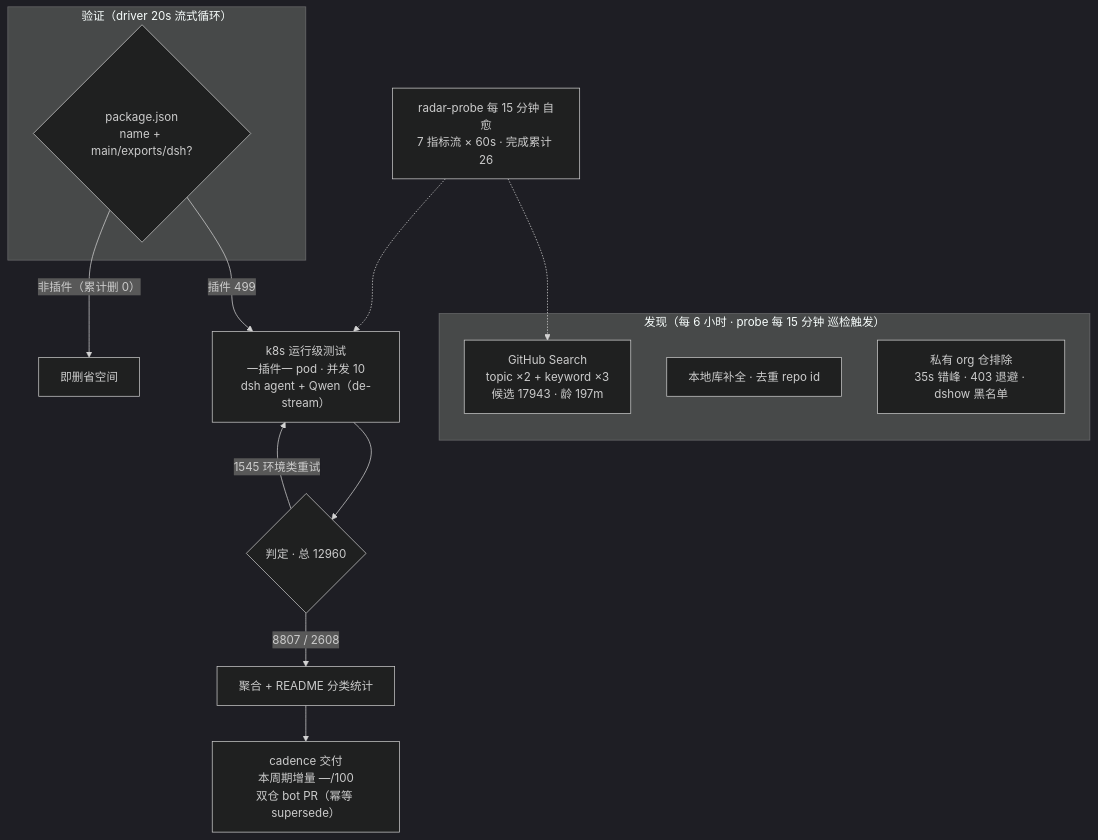
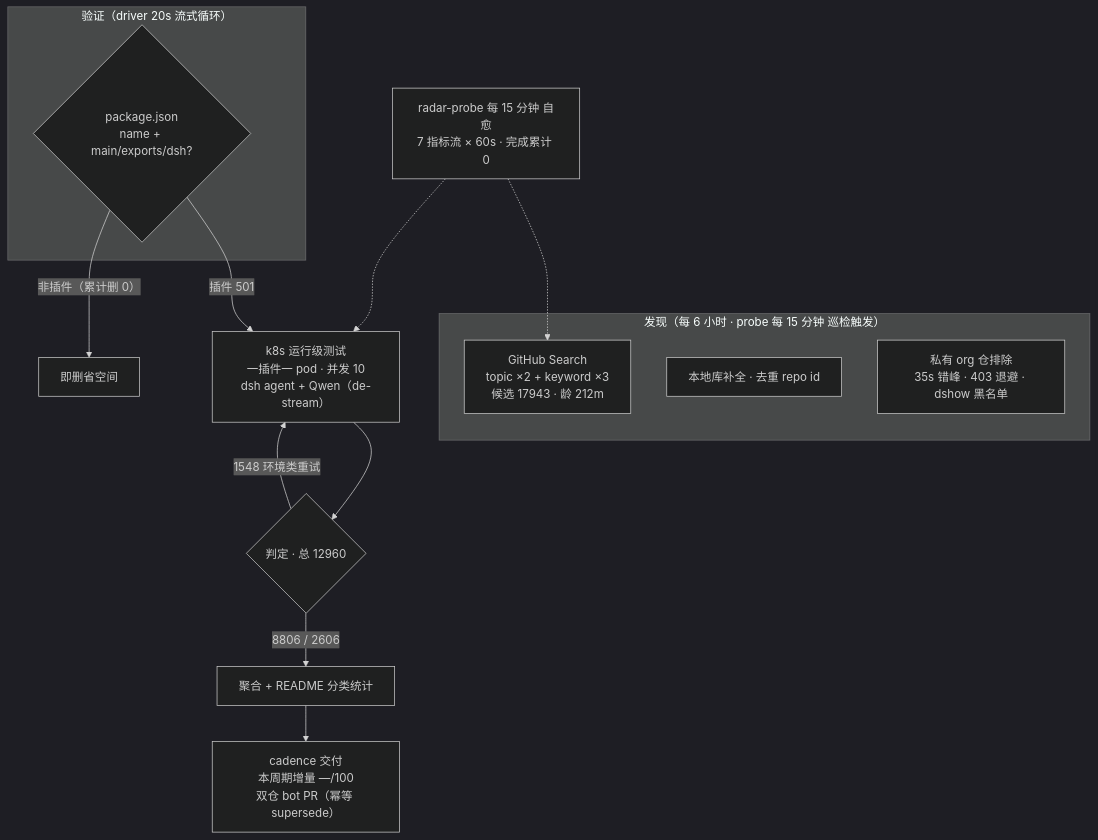
Before and after one commit to AdamPlatin123/awesome-dsh-plugins: the diagram in README.md, drawn with Mermaid (dark theme). The commit also changed other lines of this file and 5 other files, not shown here.

````diff
--- a/README.md
+++ b/README.md
@@ -52,20 +52,20 @@
 ```mermaid
 flowchart TB
     subgraph Discovery["发现（每 6 小时 · probe 每 15 分钟 巡检触发）"]
-        A1["GitHub Search<br/>topic ×2 + keyword ×3<br/>候选 17943 · 龄 197m"]
+        A1["GitHub Search<br/>topic ×2 + keyword ×3<br/>候选 17943 · 龄 212m"]
         A2["本地库补全 · 去重 repo id"]
         A3["私有 org 仓排除<br/>35s 错峰 · 403 退避 · dshow 黑名单"]
     end
     subgraph Validation["验证（driver 20s 流式循环）"]
         B1{"package.json<br/>name + main/exports/dsh?"}
     end
-    B1 -->|"插件 499"| C1["k8s 运行级测试<br/>一插件一 pod · 并发 10<br/>dsh agent + Qwen（de-stream）"]
+    B1 -->|"插件 501"| C1["k8s 运行级测试<br/>一插件一 pod · 并发 10<br/>dsh agent + Qwen（de-stream）"]
     B1 -->|"非插件（累计删 0）"| B3["即删省空间"]
     C1 --> D1{"判定 · 总 12960"}
-    D1 -->|"8807 / 2608"| E1["聚合 + README 分类统计"]
-    D1 -->|"1545 环境类重试"| C1
+    D1 -->|"8806 / 2606"| E1["聚合 + README 分类统计"]
+    D1 -->|"1548 环境类重试"| C1
     E1 --> E2["cadence 交付<br/>本周期增量 —/100<br/>双仓 bot PR（幂等 supersede）"]
-    M["radar-probe 每 15 分钟 自愈<br/>7 指标流 × 60s · 完成累计 26"]
+    M["radar-probe 每 15 分钟 自愈<br/>7 指标流 × 60s · 完成累计 0"]
     M -.-> A1
     M -.-> C1
 ```
````
